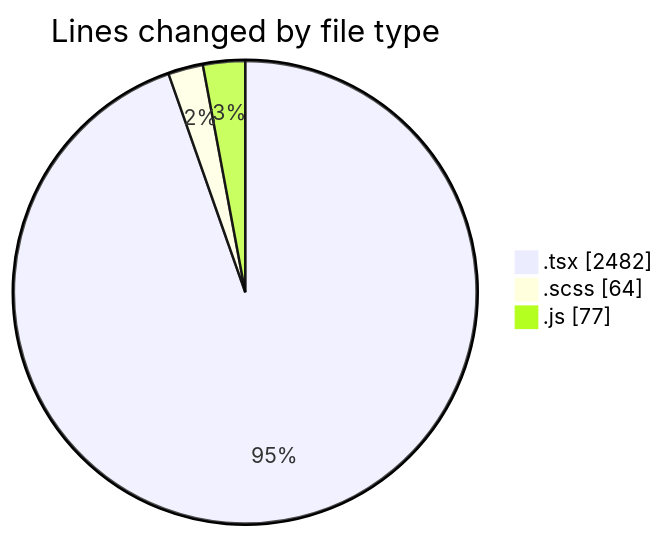
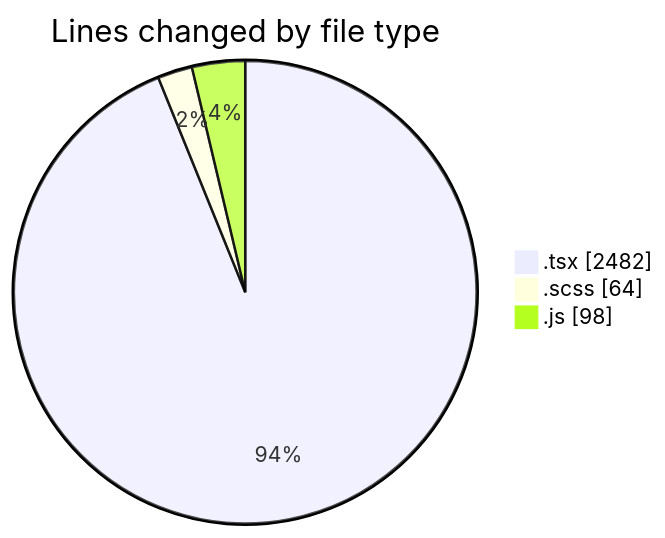
One commit to momahboobian/code-tracking changed the first of 2 diagrams in 2025-06-16/cda/README.md. Above: the diagram before and after it, drawn with Mermaid. The commit also changed other lines of this file and 1 other file, not shown here.

````diff
--- a/2025-06-16/cda/README.md
+++ b/2025-06-16/cda/README.md
@@ -29,7 +30,7 @@
 ```mermaid
 pie showData
 title Lines changed by file type
 ".tsx" : 2482
 ".scss" : 64
-".js" : 77
+".js" : 98
 ```
````
